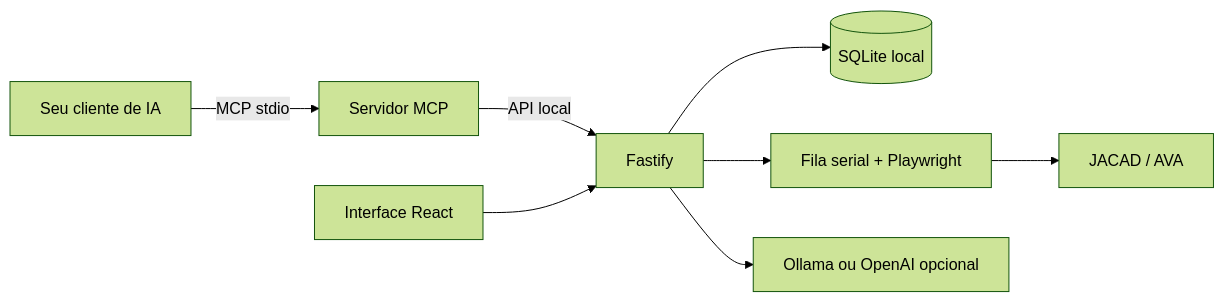
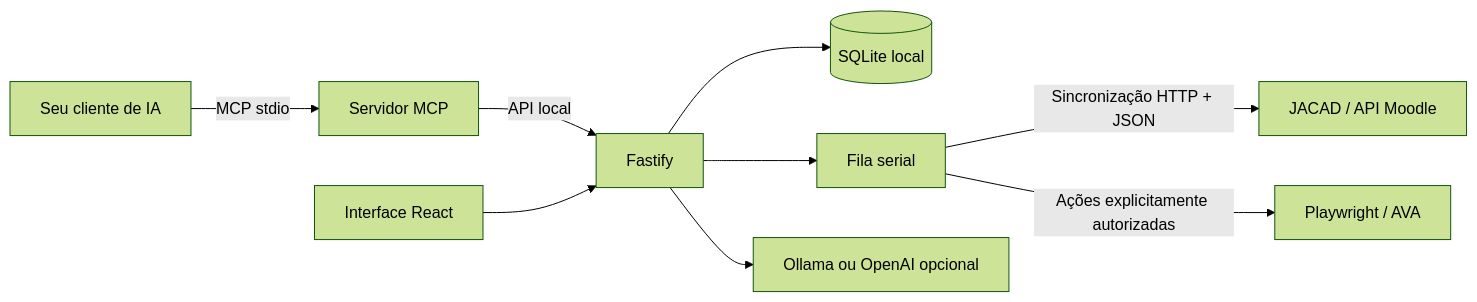
Before and after one commit to MaxsuelOliveira/focus-faculdade: the diagram in README.md, drawn with Mermaid (forest theme). The commit also changed other lines of this file and 54 other files, not shown here.

````diff
--- a/README.md
+++ b/README.md
@@ -117,10 +125,11 @@
 ```mermaid
 flowchart LR
   A[Seu cliente de IA] -->|MCP stdio| B[Servidor MCP]
   B -->|API local| C[Fastify]
   D[Interface React] --> C
   C --> E[(SQLite local)]
-  C --> F[Fila serial + Playwright]
-  F --> G[JACAD / AVA]
+  C --> F[Fila serial]
+  F -->|Sincronização HTTP + JSON| G[JACAD / API Moodle]
+  F -->|Ações explicitamente autorizadas| I[Playwright / AVA]
   C --> H[Ollama ou OpenAI opcional]
 ```
````
